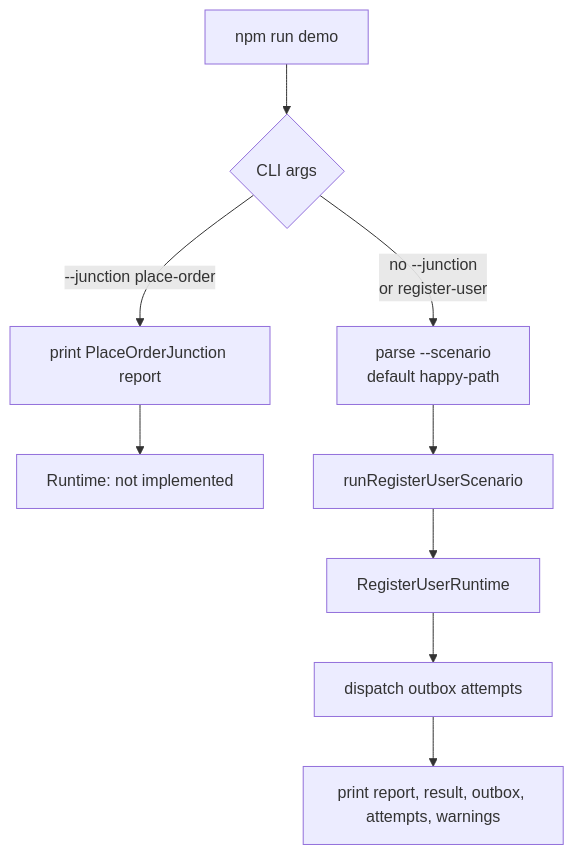
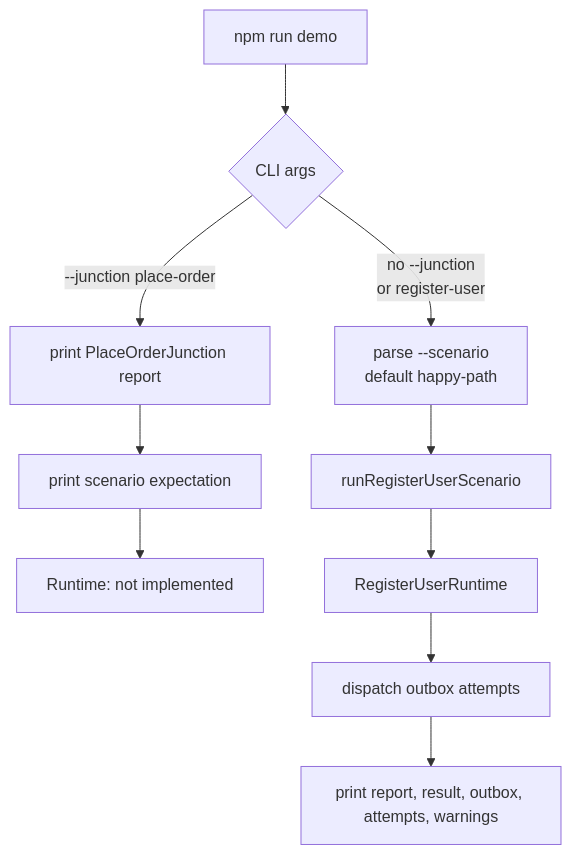
The fourth of 9 diagrams in docs/11-implementation-map.md (hayashikentaro/effect-junction), drawn with Mermaid before and after one commit. The commit also changed other lines of this file and 3 other files, not shown here.

Commit message:
Show place order scenario expectations in demo

````diff
--- a/docs/11-implementation-map.md
+++ b/docs/11-implementation-map.md
@@ -145,12 +145,13 @@
 ```mermaid
 flowchart TD
   Start[npm run demo] --> Args{CLI args}
   Args -->|no --junction<br/>or register-user| Scenario[parse --scenario<br/>default happy-path]
   Args -->|--junction place-order| PlaceReport[print PlaceOrderJunction report]
-  PlaceReport --> PlaceStop[Runtime: not implemented]
+  PlaceReport --> Expectation[print scenario expectation]
+  Expectation --> PlaceStop[Runtime: not implemented]
 
   Scenario --> RunRegister[runRegisterUserScenario]
   RunRegister --> RegisterRuntime[RegisterUserRuntime]
   RegisterRuntime --> Dispatch[dispatch outbox attempts]
   Dispatch --> Output[print report, result, outbox, attempts, warnings]
 ```
````
